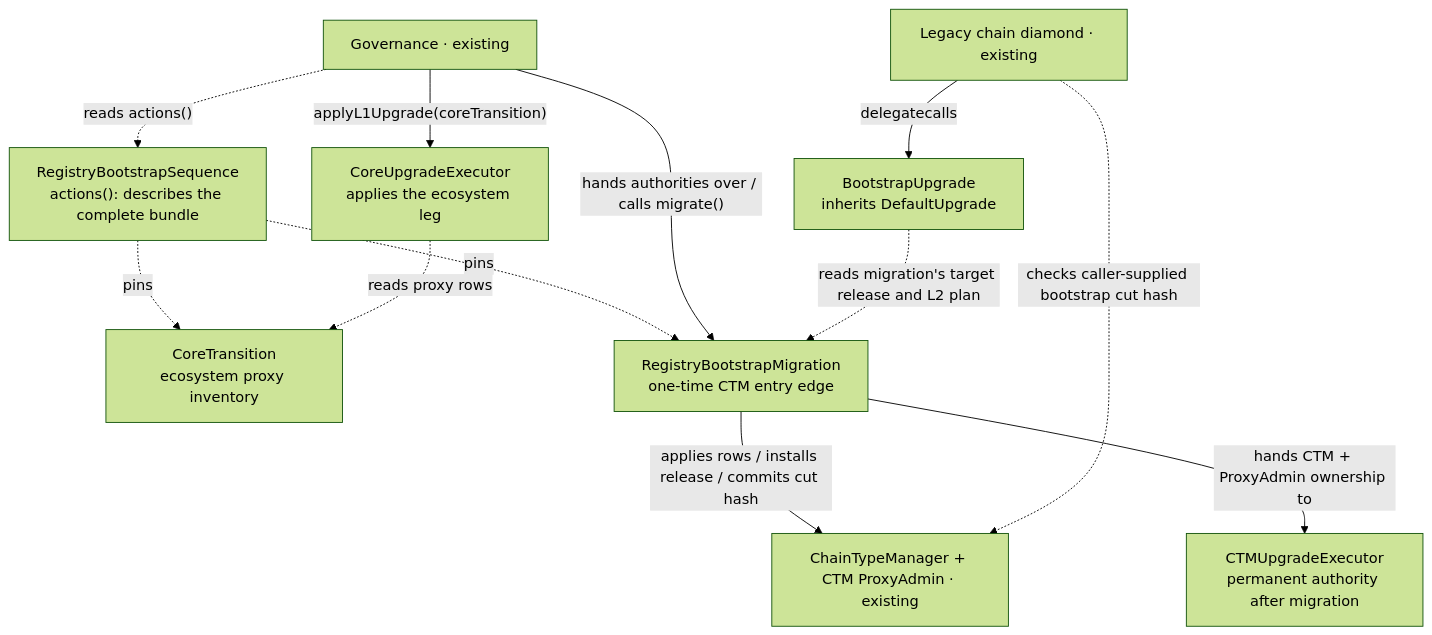
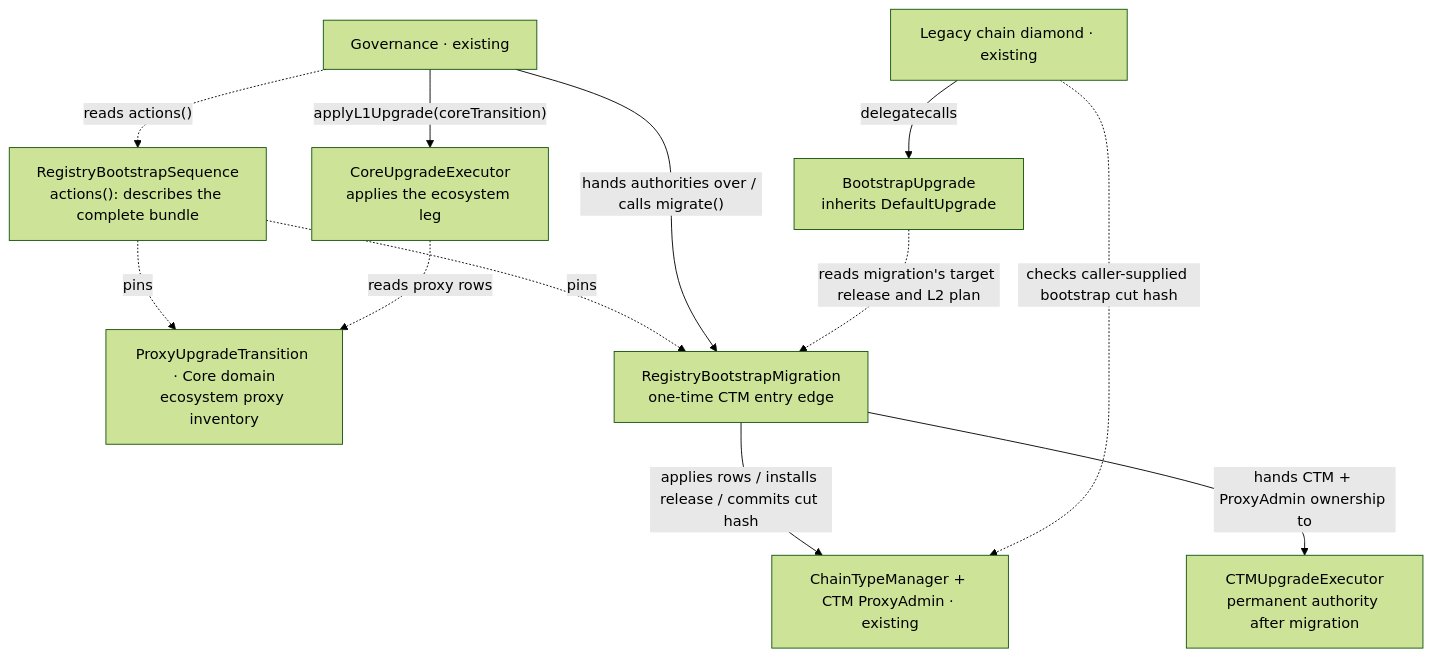
The tenth of 10 diagrams in docs/registry-driven-upgrades.md (matter-labs/era-contracts), drawn with Mermaid (forest theme) before and after one commit. The commit also changed other lines of this file and 120 other files, not shown here.

````diff
--- a/docs/registry-driven-upgrades.md
+++ b/docs/registry-driven-upgrades.md
@@ -777,24 +773,24 @@
 ```mermaid
 flowchart TB
     GOV["Governance · existing"]
     SEQ["RegistryBootstrapSequence<br/>actions(): describes the complete bundle"]
-    CORE["CoreTransition<br/>ecosystem proxy inventory"]
+    CORE["ProxyUpgradeTransition · Core domain<br/>ecosystem proxy inventory"]
     COREEXEC["CoreUpgradeExecutor<br/>applies the ecosystem leg"]
     MIG["RegistryBootstrapMigration<br/>one-time CTM entry edge"]
     CTM["ChainTypeManager + CTM ProxyAdmin · existing"]
     EXEC["CTMUpgradeExecutor<br/>permanent authority after migration"]
     CHAIN["Legacy chain diamond · existing"]
     ENGINE["BootstrapUpgrade<br/>inherits DefaultUpgrade"]
 
     GOV -.->|"reads actions()"| SEQ
     SEQ -.->|"pins"| CORE
     SEQ -.->|"pins"| MIG
     GOV -->|"applyL1Upgrade(coreTransition)"| COREEXEC
     COREEXEC -.->|"reads proxy rows"| CORE
     GOV -->|"hands authorities over / calls migrate()"| MIG
     MIG -->|"applies rows / installs release / commits cut hash"| CTM
     MIG -->|"hands CTM + ProxyAdmin ownership to"| EXEC
     CHAIN -.->|"checks caller-supplied bootstrap cut hash"| CTM
     CHAIN -->|"delegatecalls"| ENGINE
     ENGINE -.->|"reads migration's target release and L2 plan"| MIG
 ```
````
